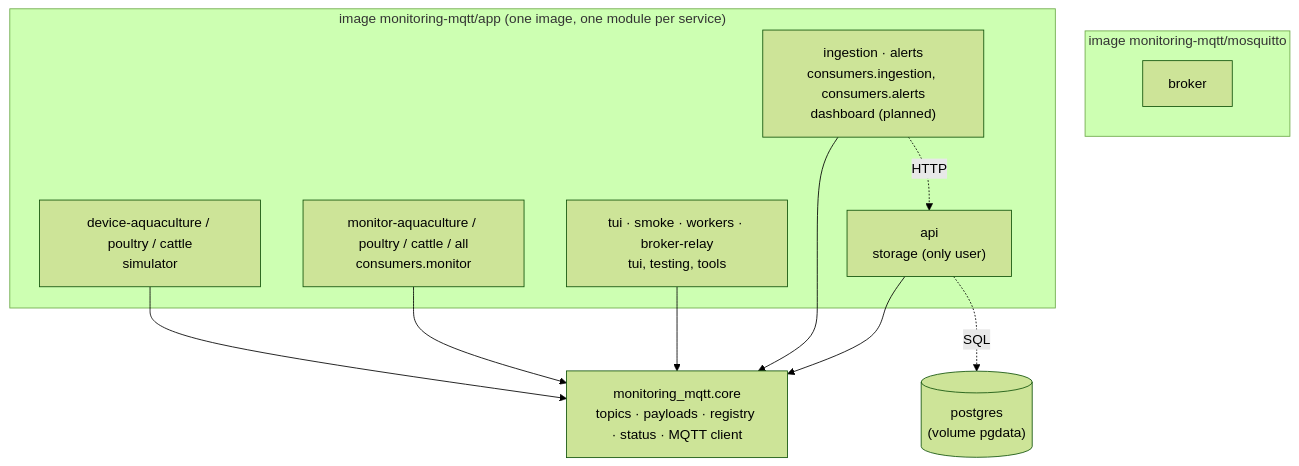
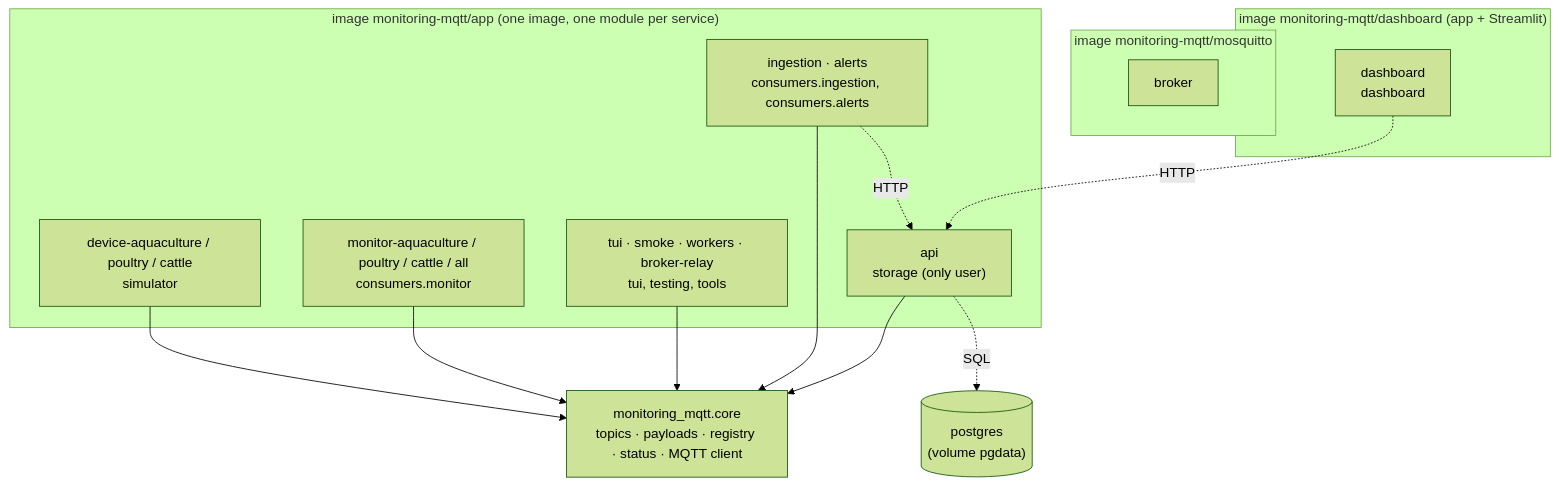
The fifth of 5 diagrams in docs/design.md (Mariojamjam/monitoring-mqtt), drawn with Mermaid (forest theme) before and after one commit. The commit also changed other lines of this file and 5 other files, not shown here.

````diff
--- a/docs/design.md
+++ b/docs/design.md
@@ -239,22 +242,26 @@
 ```mermaid
 flowchart TB
   subgraph IMG1["image monitoring-mqtt/mosquitto"]
     broker["broker"]
   end
   subgraph IMG2["image monitoring-mqtt/app (one image, one module per service)"]
     dev["device-aquaculture / poultry / cattle<br/>simulator"]
     mon["monitor-aquaculture / poultry / cattle / all<br/>consumers.monitor"]
     tools["tui · smoke · workers · broker-relay<br/>tui, testing, tools"]
-    pl["ingestion · alerts<br/>consumers.ingestion, consumers.alerts<br/>dashboard (planned)"]
+    pl["ingestion · alerts<br/>consumers.ingestion, consumers.alerts"]
     api["api<br/>storage (only user)"]
+  end
+  subgraph IMG3["image monitoring-mqtt/dashboard (app + Streamlit)"]
+    dash["dashboard<br/>dashboard"]
   end
   pg[("postgres<br/>(volume pgdata)")]
   core["monitoring_mqtt.core<br/>topics · payloads · registry · status · MQTT client"]
   dev --> core
   mon --> core
   tools --> core
   pl --> core
   api --> core
   pl -. "HTTP" .-> api
+  dash -. "HTTP" .-> api
   api -. "SQL" .-> pg
 ```
````
